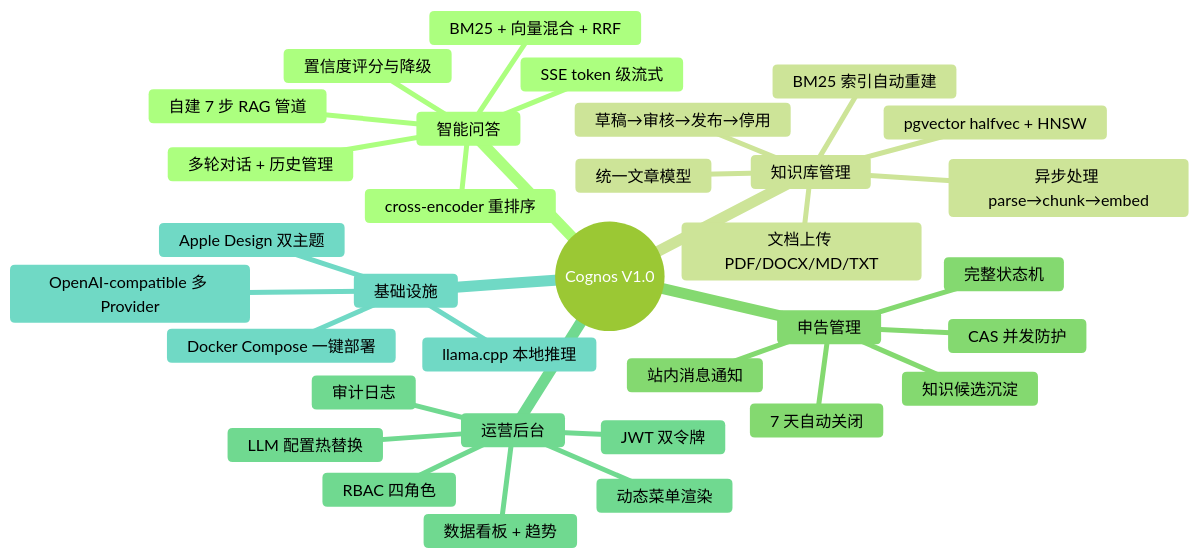
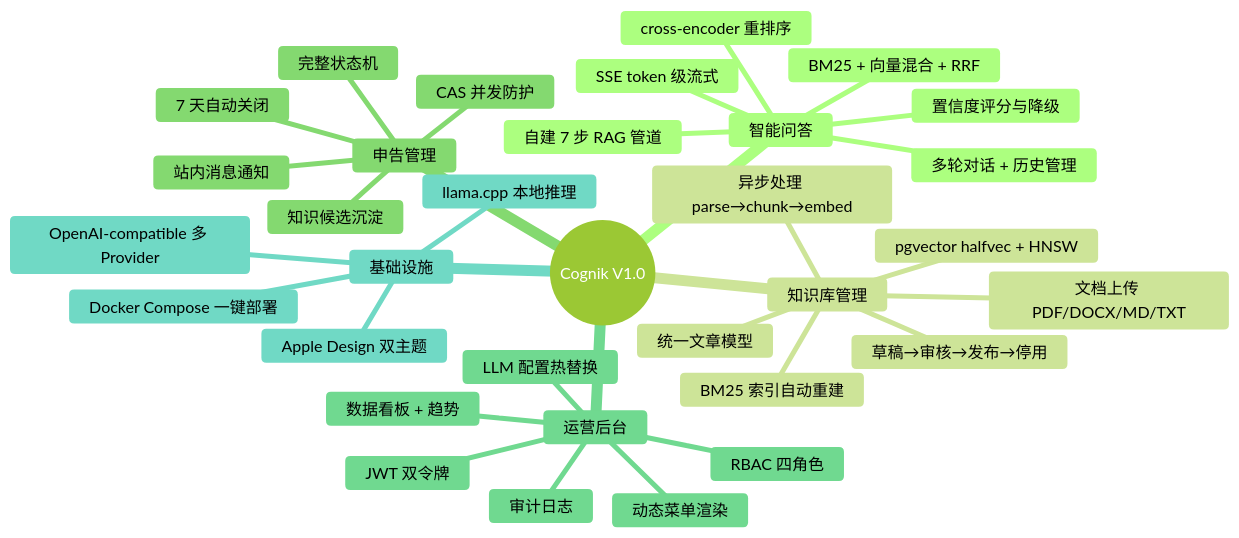
The second of 4 diagrams in docs/ROADMAP.md (int2t05/Cognik), drawn with Mermaid (forest theme) before and after one commit. The commit also changed other lines of this file and 192 other files, not shown here.

First line of the commit message:
rename: Cognos → Cognik（全量改名，消除 IBM Cognos 命名冲突）

````diff
--- a/docs/ROADMAP.md
+++ b/docs/ROADMAP.md
@@ -45,36 +45,36 @@
 ```mermaid
 mindmap
-  root((Cognos V1.0))
+  root((Cognik V1.0))
     智能问答
       自建 7 步 RAG 管道
       BM25 + 向量混合 + RRF
       cross-encoder 重排序
       SSE token 级流式
       多轮对话 + 历史管理
       置信度评分与降级
     知识库管理
       统一文章模型
       草稿→审核→发布→停用
       文档上传 PDF/DOCX/MD/TXT
       异步处理 parse→chunk→embed
       pgvector halfvec + HNSW
       BM25 索引自动重建
     申告管理
       完整状态机
       7 天自动关闭
       CAS 并发防护
       知识候选沉淀
       站内消息通知
     运营后台
       RBAC 四角色
       JWT 双令牌
       动态菜单渲染
       数据看板 + 趋势
       审计日志
       LLM 配置热替换
     基础设施
       Docker Compose 一键部署
       llama.cpp 本地推理
       OpenAI-compatible 多 Provider
       Apple Design 双主题
 ```
````
